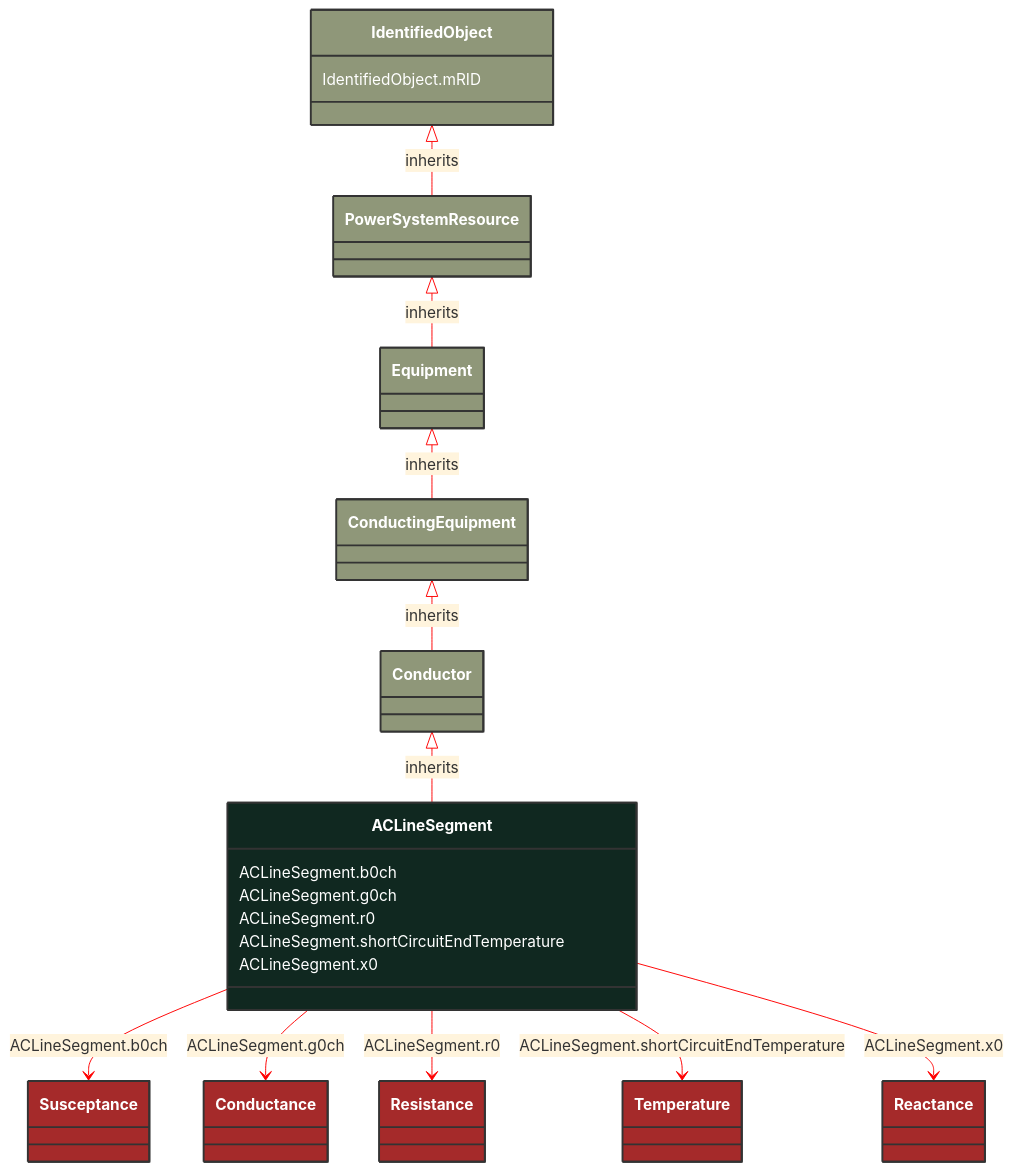
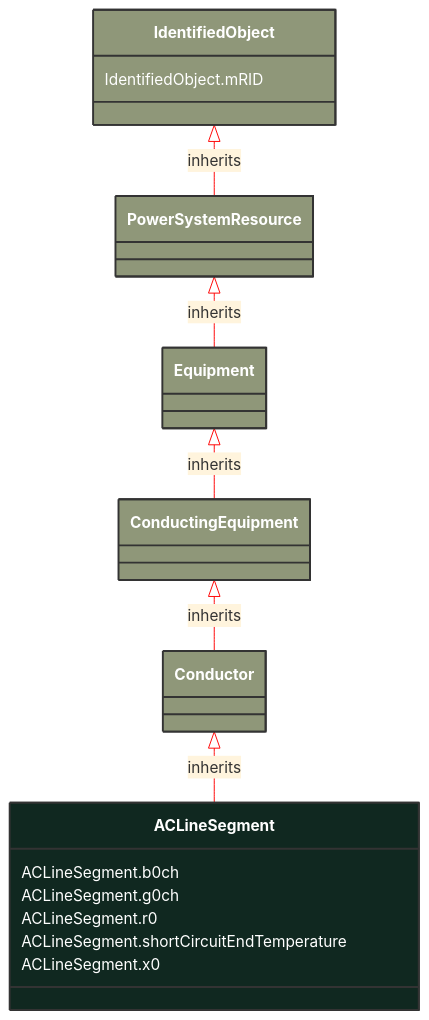
One commit to 3lbits/NoCIMExtensions changed the diagram in docs/Models/Profiles/ShortCircuit/ConcreteClasses/ACLineSegment.md. Above: the diagram before and after it, drawn with Mermaid. The commit also changed other lines of this file and 397 other files, not shown here.

First line of the commit message:
Refactor CIM schemas to introduce abstract classes and consolidate data types

````diff
--- a/docs/Models/Profiles/ShortCircuit/ConcreteClasses/ACLineSegment.md
+++ b/docs/Models/Profiles/ShortCircuit/ConcreteClasses/ACLineSegment.md
@@ -10,61 +10,36 @@
 ```mermaid
 %%{init: {'theme':'base','themeVariables': {'lineColor': '#FF0000'}}}%%
 classDiagram
     class ACLineSegment
     click ACLineSegment href "/Models/Profiles/ShortCircuit/ConcreteClasses/ACLineSegment/"
     style ACLineSegment fill:#102820,stroke:#333,stroke-width:2px,rx:10,ry:10,color:white
      
         Conductor <|-- ACLineSegment : inherits
-            click Conductor href "/Models/Profiles/ShortCircuit/ConcreteClasses/Conductor/"
+            click Conductor href "/Models/Profiles/ShortCircuit/AbstractClasses/Conductor/"
             style Conductor fill:#8F9779,stroke:#333,stroke-width:2px,rx:10,ry:10,color:white
      
         ConductingEquipment <|-- Conductor : inherits
-            click ConductingEquipment href "/Models/Profiles/ShortCircuit/ConcreteClasses/ConductingEquipment/"
+            click ConductingEquipment href "/Models/Profiles/ShortCircuit/AbstractClasses/ConductingEquipment/"
             style ConductingEquipment fill:#8F9779,stroke:#333,stroke-width:2px,rx:10,ry:10,color:white
      
         Equipment <|-- ConductingEquipment : inherits
-            click Equipment href "/Models/Profiles/ShortCircuit/ConcreteClasses/Equipment/"
+            click Equipment href "/Models/Profiles/ShortCircuit/AbstractClasses/Equipment/"
             style Equipment fill:#8F9779,stroke:#333,stroke-width:2px,rx:10,ry:10,color:white
      
         PowerSystemResource <|-- Equipment : inherits
-            click PowerSystemResource href "/Models/Profiles/ShortCircuit/ConcreteClasses/PowerSystemResource/"
+            click PowerSystemResource href "/Models/Profiles/ShortCircuit/AbstractClasses/PowerSystemResource/"
             style PowerSystemResource fill:#8F9779,stroke:#333,stroke-width:2px,rx:10,ry:10,color:white
      
         IdentifiedObject <|-- PowerSystemResource : inherits
-            click IdentifiedObject href "/Models/Profiles/ShortCircuit/ConcreteClasses/IdentifiedObject/"
+            click IdentifiedObject href "/Models/Profiles/ShortCircuit/AbstractClasses/IdentifiedObject/"
             style IdentifiedObject fill:#8F9779,stroke:#333,stroke-width:2px,rx:10,ry:10,color:white
 
-        ACLineSegment --> Susceptance : ACLineSegment.b0ch
-
-        Susceptance
-            click Susceptance href "/Models/Profiles/ShortCircuit/ConcreteClasses/Susceptance/"
-            style Susceptance fill:#A52A2A,stroke:#333,stroke-width:2px,rx:10,ry:10,color:white
-        ACLineSegment --> Conductance : ACLineSegment.g0ch
-
-        Conductance
-            click Conductance href "/Models/Profiles/ShortCircuit/ConcreteClasses/Conductance/"
-            style Conductance fill:#A52A2A,stroke:#333,stroke-width:2px,rx:10,ry:10,color:white
-        ACLineSegment --> Resistance : ACLineSegment.r0
-
-        Resistance
-            click Resistance href "/Models/Profiles/ShortCircuit/ConcreteClasses/Resistance/"
-            style Resistance fill:#A52A2A,stroke:#333,stroke-width:2px,rx:10,ry:10,color:white
-        ACLineSegment --> Temperature : ACLineSegment.shortCircuitEndTemperature
-
-        Temperature
-            click Temperature href "/Models/Profiles/ShortCircuit/ConcreteClasses/Temperature/"
-            style Temperature fill:#A52A2A,stroke:#333,stroke-width:2px,rx:10,ry:10,color:white
-        ACLineSegment --> Reactance : ACLineSegment.x0
-
-        Reactance
-            click Reactance href "/Models/Profiles/ShortCircuit/ConcreteClasses/Reactance/"
-            style Reactance fill:#A52A2A,stroke:#333,stroke-width:2px,rx:10,ry:10,color:white
 
 
         ACLineSegment : ACLineSegment.b0ch
         ACLineSegment : ACLineSegment.g0ch
         ACLineSegment : ACLineSegment.r0
         ACLineSegment : ACLineSegment.shortCircuitEndTemperature
         ACLineSegment : ACLineSegment.x0
         IdentifiedObject : IdentifiedObject.mRID
 ```
````
